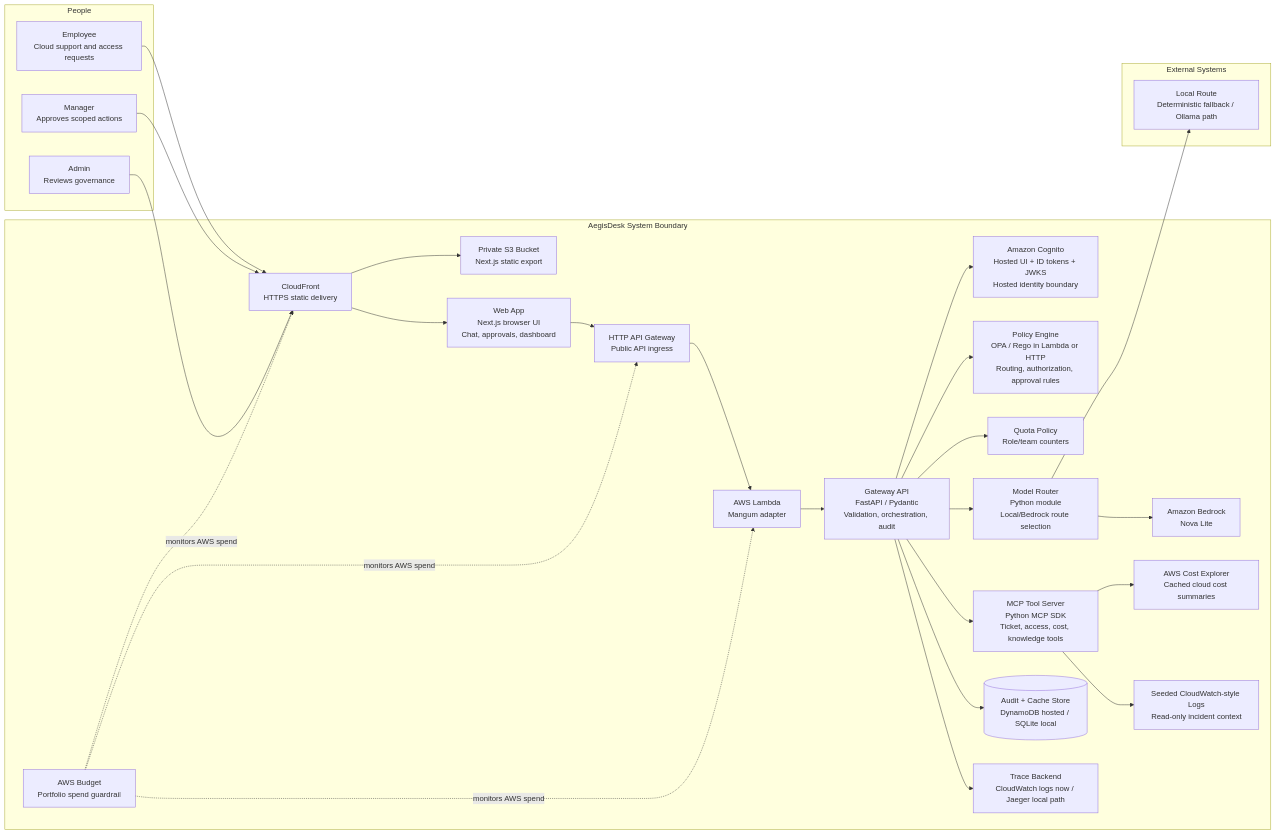
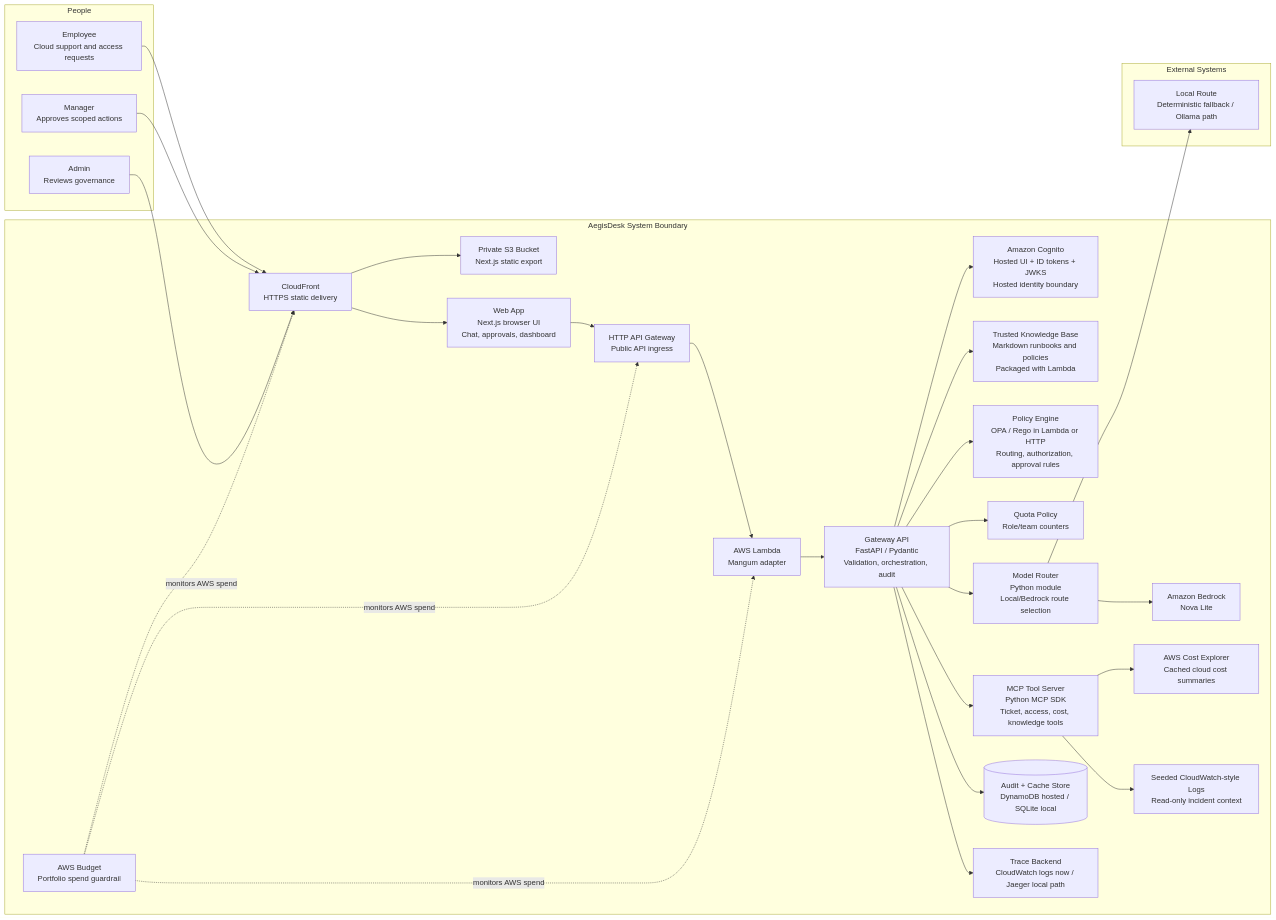
The diagram in docs/architecture.md (manynames3/aegisdesk-cloudops-control-plane), drawn with Mermaid before and after one commit. The commit also changed other lines of this file and 14 other files, not shown here.

Commit message:
feat: ground answers in trusted knowledge

````diff
--- a/docs/architecture.md
+++ b/docs/architecture.md
@@ -7,55 +7,57 @@
 ```mermaid
 flowchart LR
     subgraph People["People"]
         Employee["Employee<br/>Cloud support and access requests"]
         Manager["Manager<br/>Approves scoped actions"]
         Admin["Admin<br/>Reviews governance"]
     end
 
     subgraph AegisDesk["AegisDesk System Boundary"]
         CDN["CloudFront<br/>HTTPS static delivery"]
         Static["Private S3 Bucket<br/>Next.js static export"]
         Web["Web App<br/>Next.js browser UI<br/>Chat, approvals, dashboard"]
         APIGW["HTTP API Gateway<br/>Public API ingress"]
         Lambda["AWS Lambda<br/>Mangum adapter"]
         Auth["Amazon Cognito<br/>Hosted UI + ID tokens + JWKS<br/>Hosted identity boundary"]
         API["Gateway API<br/>FastAPI / Pydantic<br/>Validation, orchestration, audit"]
         Policy["Policy Engine<br/>OPA / Rego in Lambda or HTTP<br/>Routing, authorization, approval rules"]
+        Knowledge["Trusted Knowledge Base<br/>Markdown runbooks and policies<br/>Packaged with Lambda"]
         Router["Model Router<br/>Python module<br/>Local/Bedrock route selection"]
         Bedrock["Amazon Bedrock<br/>Nova Lite"]
         Tools["MCP Tool Server<br/>Python MCP SDK<br/>Ticket, access, cost, knowledge tools"]
         Cost["AWS Cost Explorer<br/>Cached cloud cost summaries"]
         Logs["Seeded CloudWatch-style Logs<br/>Read-only incident context"]
         Audit[("Audit + Cache Store<br/>DynamoDB hosted / SQLite local")]
         Quota["Quota Policy<br/>Role/team counters"]
         Trace["Trace Backend<br/>CloudWatch logs now / Jaeger local path"]
         Budget["AWS Budget<br/>Portfolio spend guardrail"]
     end
 
     subgraph External["External Systems"]
         LocalModel["Local Route<br/>Deterministic fallback / Ollama path"]
     end
 
     Employee --> CDN
     Manager --> CDN
     Admin --> CDN
     CDN --> Static
     CDN --> Web
     Web --> APIGW
     APIGW --> Lambda
     Lambda --> API
     API --> Auth
+    API --> Knowledge
     API --> Policy
     API --> Quota
     API --> Router
     Router --> LocalModel
     Router --> Bedrock
     API --> Tools
     Tools --> Cost
     Tools --> Logs
     API --> Audit
     API --> Trace
     Budget -.->|monitors AWS spend| CDN
     Budget -.->|monitors AWS spend| APIGW
     Budget -.->|monitors AWS spend| Lambda
 ```
````
